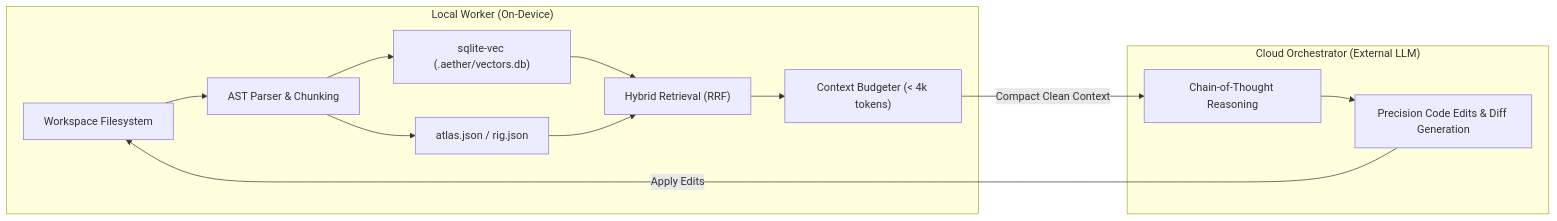
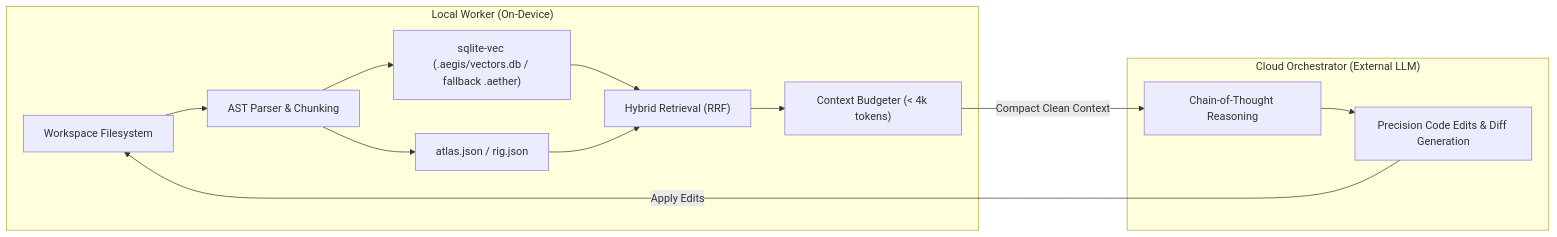
The diagram in docs/RAG-local-Roadmap.md (aditlab-code/aegiscode), drawn with Mermaid before and after one commit. The commit also changed other lines of this file and 90 other files, not shown here.

First line of the commit message:
feat: migrasi branding penuh dari Aether ke AegisCode

````diff
--- a/docs/RAG-local-Roadmap.md
+++ b/docs/RAG-local-Roadmap.md
@@ -15,17 +13,17 @@
 ```mermaid
 graph LR
     subgraph LocalWorker ["Local Worker (On-Device)"]
         FS["Workspace Filesystem"] --> AST["AST Parser & Chunking"]
-        AST --> VEC["sqlite-vec (.aether/vectors.db)"]
+        AST --> VEC["sqlite-vec (.aegis/vectors.db / fallback .aether)"]
         AST --> TOC["atlas.json / rig.json"]
         VEC & TOC --> RRF["Hybrid Retrieval (RRF)"]
         RRF --> Budget["Context Budgeter (< 4k tokens)"]
     end
 
     subgraph CloudOrchestrator ["Cloud Orchestrator (External LLM)"]
         Budget -->|"Compact Clean Context"| CoT["Chain-of-Thought Reasoning"]
         CoT --> Edits["Precision Code Edits & Diff Generation"]
     end
 
     Edits -->|"Apply Edits"| FS
 ```
````
